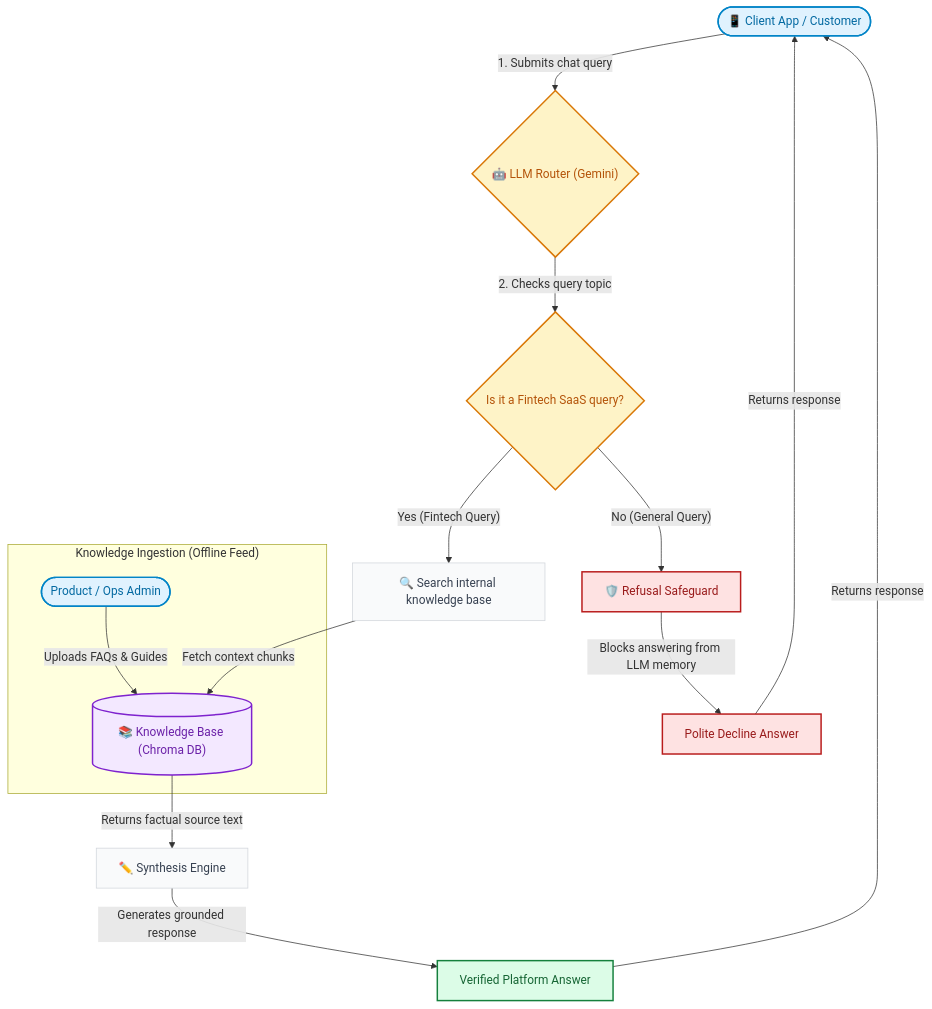
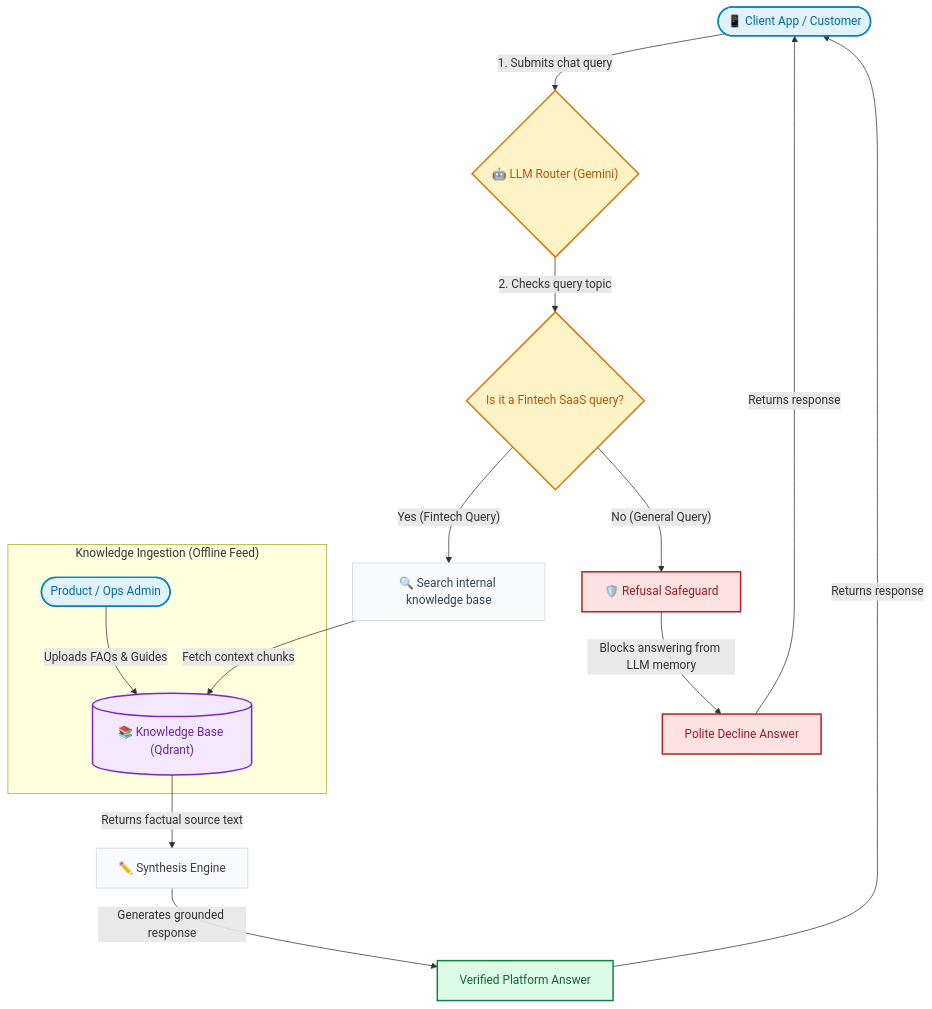
One commit to boycececil666gmailcom/rag-chatbot changed the first of 5 diagrams in README.md. Above: the diagram before and after it, drawn with Mermaid. The commit also changed other lines of this file and 14 other files, not shown here.

````diff
--- a/README.md
+++ b/README.md
@@ -9,45 +9,45 @@
 ```mermaid
 flowchart TD
     %% Styling Node classes
     classDef client fill:#e0f2fe,stroke:#0284c7,stroke-width:2px,color:#0369a1;
     classDef router fill:#fef3c7,stroke:#d97706,stroke-width:2px,color:#b45309;
     classDef kb fill:#f3e8ff,stroke:#7e22ce,stroke-width:2px,color:#6b21a8;
     classDef reply fill:#dcfce7,stroke:#15803d,stroke-width:2px,color:#166534;
     classDef block fill:#fee2e2,stroke:#b91c1c,stroke-width:2px,color:#991b1b;
     classDef process fill:#f9fafb,stroke:#d1d5db,stroke-width:1px,color:#374151;
-
+    
     %% Main customer interaction entry point
     Client(["📱 Client App / Customer"])
     
     Client -->|"1. Submits chat query"| Router{"🤖 LLM Router (Gemini)"}
     
     %% Router checks relevance
     Router -->|"2. Checks query topic"| IsFintech{"Is it a Fintech SaaS query?"}
     
     %% Safeguard Refusal Path (Left branch)
     IsFintech -->|"No (General Query)"| Safeguard["🛡️ Refusal Safeguard"]
     Safeguard -->|"Blocks answering from LLM memory"| RefusalReply["Polite Decline Answer"]
     RefusalReply -->|"Returns response"| Client
     
     %% RAG Retrieval Path (Right branch)
     IsFintech -->|"Yes (Fintech Query)"| Search["🔍 Search internal knowledge base"]
     
     %% Ingestion background flow
     subgraph Ingestion ["Knowledge Ingestion (Offline Feed)"]
-        Admin(["Product / Ops Admin"]) -->|"Uploads FAQs & Guides"| DB[("📚 Knowledge Base (Chroma DB)")]
+        Admin(["Product / Ops Admin"]) -->|"Uploads FAQs & Guides"| DB[("📚 Knowledge Base (Qdrant)")]
     end
     
     Search -->|"Fetch context chunks"| DB
     DB -->|"Returns factual source text"| Synth["✏️ Synthesis Engine"]
     Synth -->|"Generates grounded response"| VerifiedReply["Verified Platform Answer"]
     
     VerifiedReply -->|"Returns response"| Client
 
     %% Class assignments
     class Client,Admin client;
     class Router,IsFintech router;
     class DB kb;
     class Search,Synth process;
     class VerifiedReply reply;
     class Safeguard,RefusalReply block;
 ```
````
